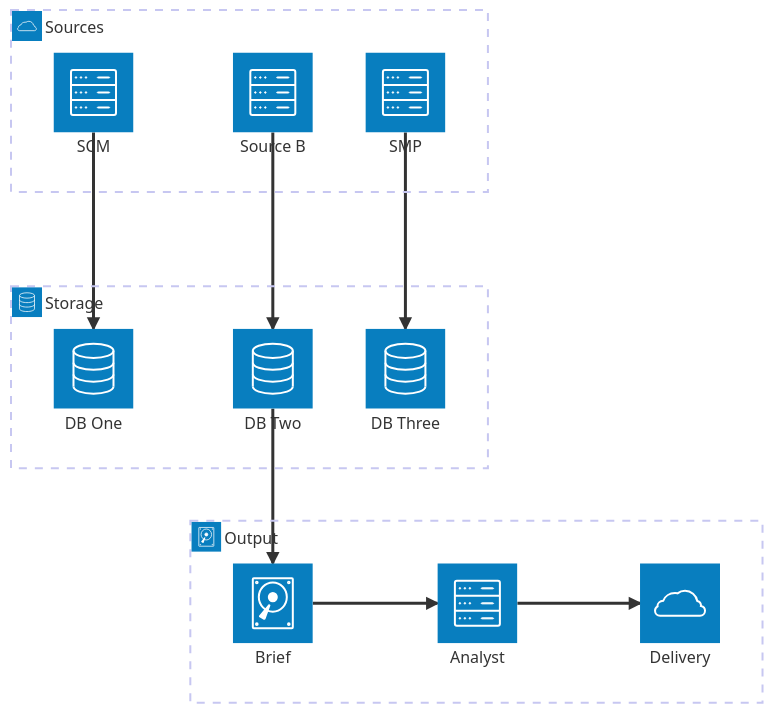
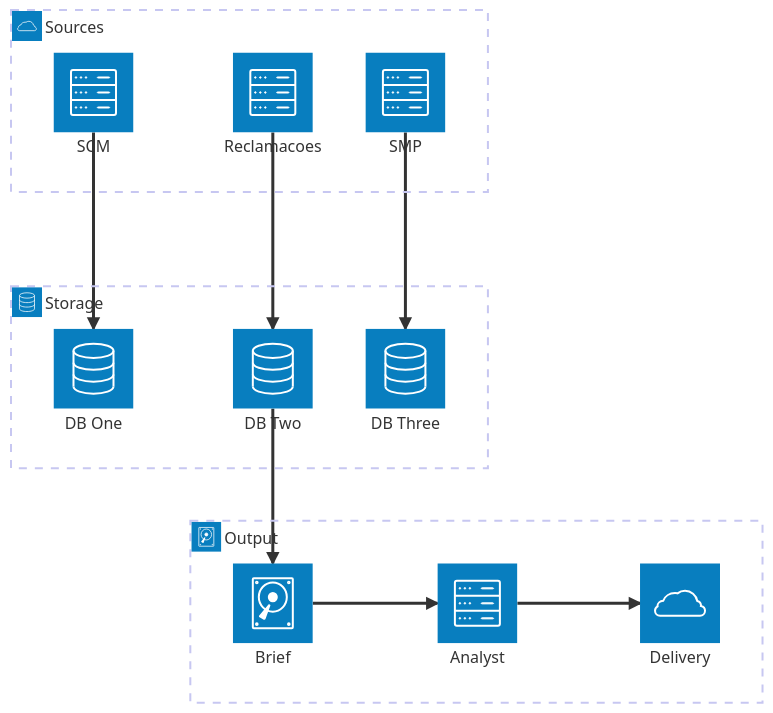
Before and after one commit to gabrielmprata/anatel-data-platform: the second of 2 diagrams in README.md, drawn with Mermaid.

````diff
--- a/README.md
+++ b/README.md
@@ -44,32 +44,32 @@
 ```mermaid
 architecture-beta
     group sources(cloud)[Sources]
         service src_a(server)[SCM] in sources
-        service src_b(server)[Source B] in sources
+        service src_b(server)[Reclamacoes] in sources
         service src_c(server)[SMP] in sources
 
     group storage(database)[Storage]
         service db_one(database)[DB One] in storage
         service db_two(database)[DB Two] in storage
         service db_three(database)[DB Three] in storage
 
     group output(disk)[Output]
         service brief(disk)[Brief] in output
         service analyst(server)[Analyst] in output
         service delivery(cloud)[Delivery] in output
 
     src_a:B --> T:db_one
     src_b:B --> T:db_two
     src_c:B --> T:db_three
     db_two:B --> T:brief
     brief:R --> L:analyst
     analyst:R --> L:delivery
 
     align row src_a src_b src_c
     align row db_one db_two db_three
     align row brief analyst delivery
 
     align column src_a db_one
     align column src_b db_two brief
     align column src_c db_three
 ```
````
